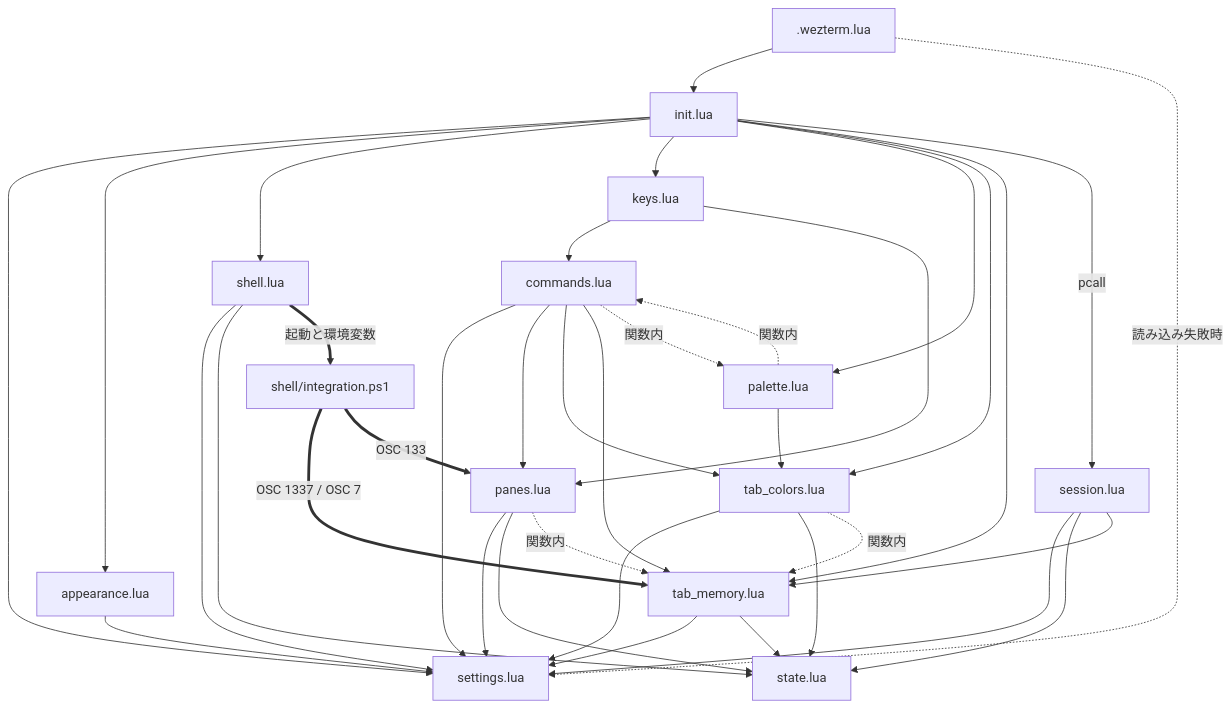
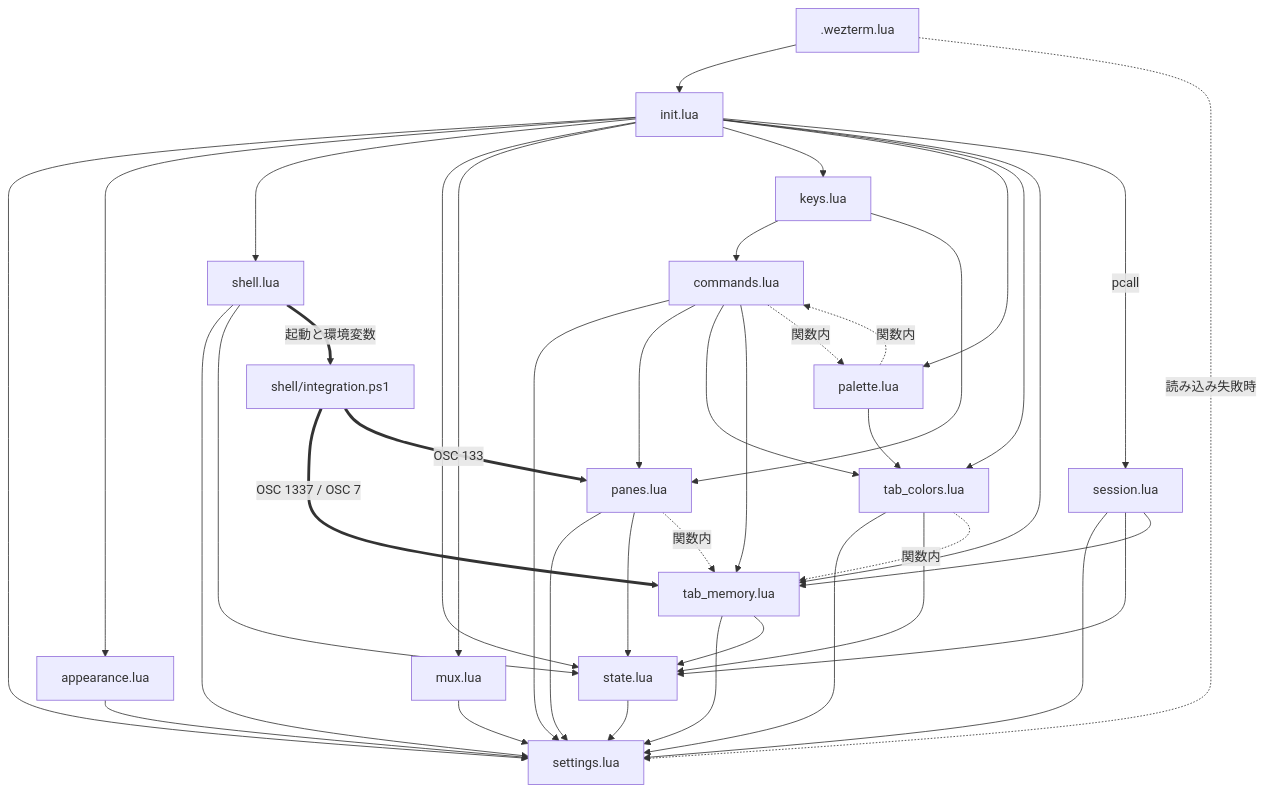
Before and after one commit to ringo7pie/wezterm-kitty-ja: the diagram in docs/ARCHITECTURE.md, drawn with Mermaid. The commit also changed other lines of this file and 13 other files, not shown here.

````diff
--- a/docs/ARCHITECTURE.md
+++ b/docs/ARCHITECTURE.md
@@ -107,54 +111,59 @@
 ```mermaid
 graph TD
     entryFile[".wezterm.lua"]
     initMod["init.lua"]
     settingsMod["settings.lua"]
     appearanceMod["appearance.lua"]
     shellMod["shell.lua"]
+    muxMod["mux.lua"]
     stateMod["state.lua"]
     keysMod["keys.lua"]
     commandsMod["commands.lua"]
     paletteMod["palette.lua"]
     panesMod["panes.lua"]
     tabColorsMod["tab_colors.lua"]
     tabMemoryMod["tab_memory.lua"]
     sessionMod["session.lua"]
     integrationScript["shell/integration.ps1"]
 
     entryFile --> initMod
     entryFile -.->|"読み込み失敗時"| settingsMod
     initMod --> settingsMod
     initMod --> appearanceMod
     initMod --> shellMod
+    initMod --> stateMod
+    initMod --> muxMod
     initMod --> keysMod
     initMod --> paletteMod
     initMod --> tabColorsMod
     initMod --> tabMemoryMod
     initMod -->|"pcall"| sessionMod
     appearanceMod --> settingsMod
     shellMod --> settingsMod
     shellMod --> stateMod
+    muxMod --> settingsMod
+    stateMod --> settingsMod
     keysMod --> commandsMod
     keysMod --> panesMod
     commandsMod --> settingsMod
     commandsMod --> panesMod
     commandsMod --> tabColorsMod
     commandsMod --> tabMemoryMod
     commandsMod -.->|"関数内"| paletteMod
     paletteMod --> tabColorsMod
     paletteMod -.->|"関数内"| commandsMod
     panesMod --> settingsMod
     panesMod --> stateMod
     panesMod -.->|"関数内"| tabMemoryMod
     tabColorsMod --> settingsMod
     tabColorsMod --> stateMod
     tabColorsMod -.->|"関数内"| tabMemoryMod
     tabMemoryMod --> settingsMod
     tabMemoryMod --> stateMod
     sessionMod --> settingsMod
     sessionMod --> stateMod
     sessionMod --> tabMemoryMod
     shellMod ==>|"起動と環境変数"| integrationScript
     integrationScript ==>|"OSC 1337 / OSC 7"| tabMemoryMod
     integrationScript ==>|"OSC 133"| panesMod
 ```
````
